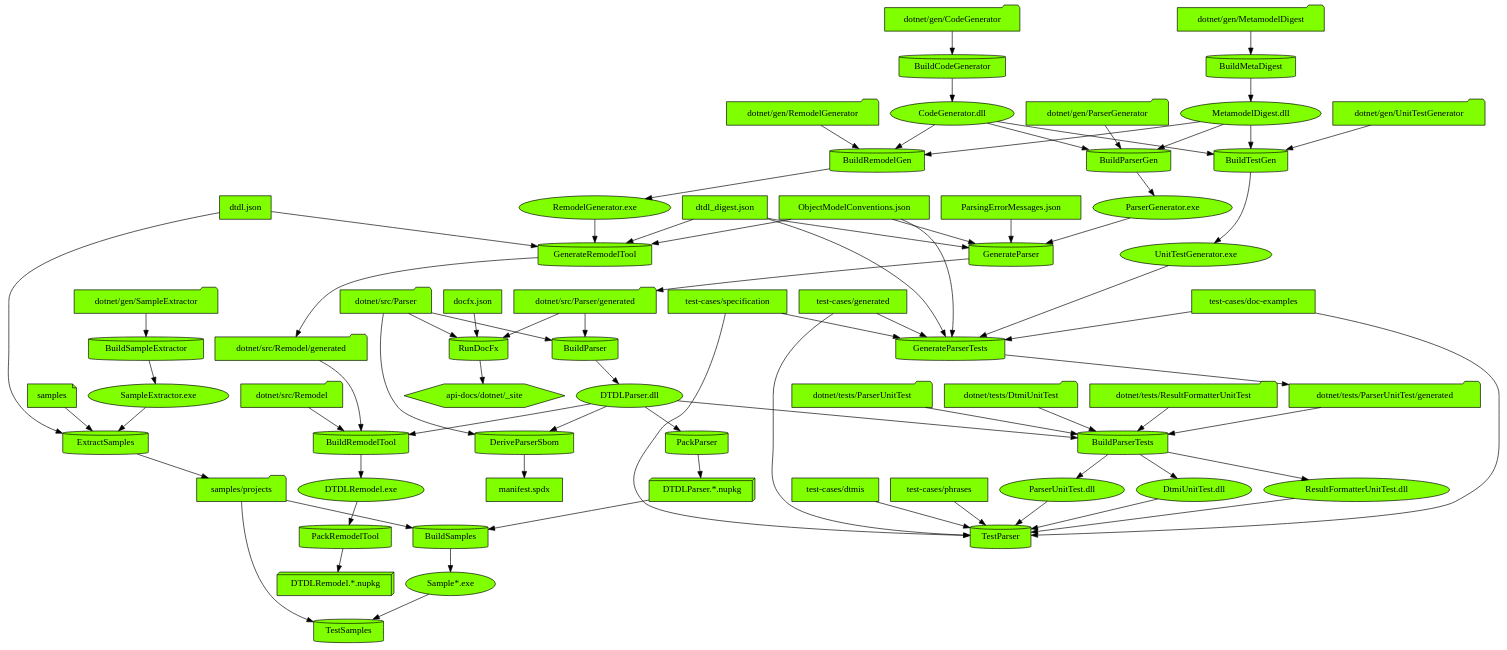
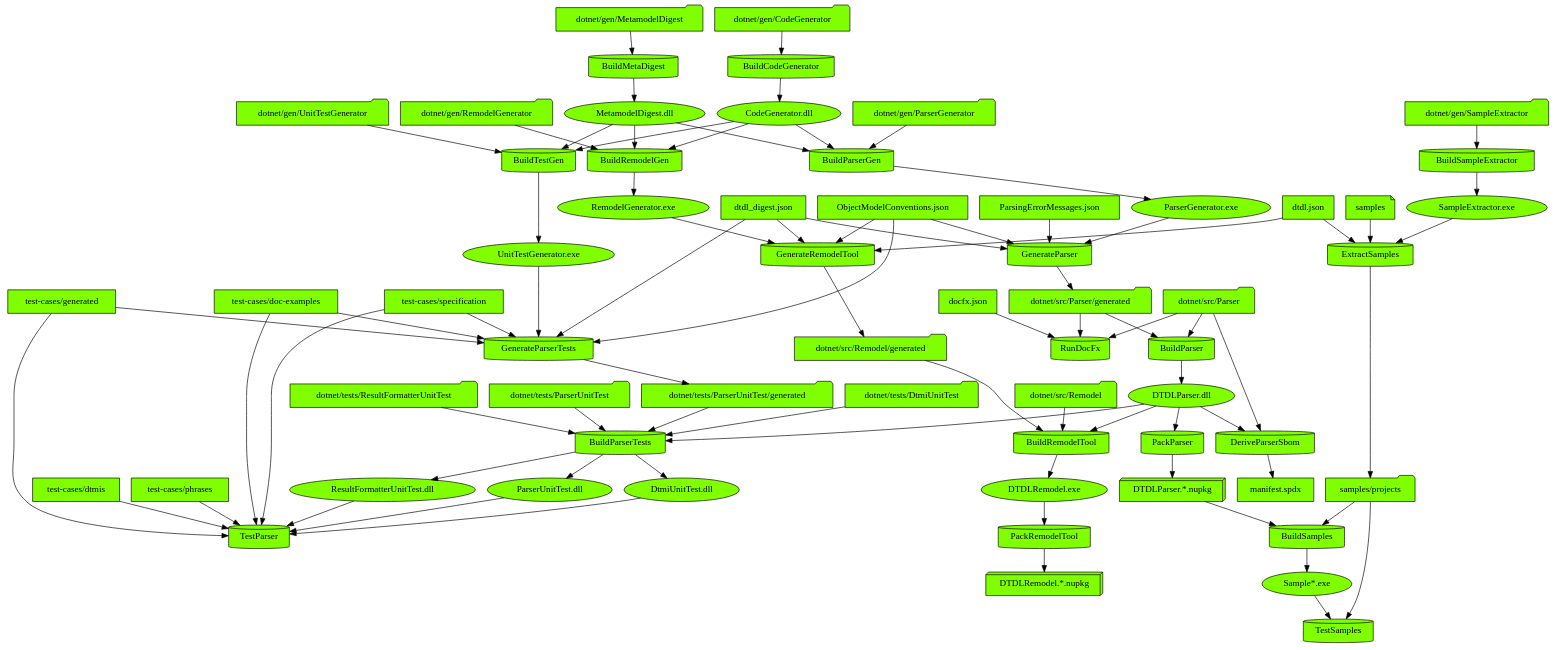
The diagram in images/input/generated/DevelopFlowDiagram.dot (digitaltwinconsortium/DTDLParser), drawn with Graphviz before and after one commit. The commit also changed 7 other files, not shown here.

```diff
--- a/images/input/generated/DevelopFlowDiagram.dot
+++ b/images/input/generated/DevelopFlowDiagram.dot
@@ -1,144 +1,142 @@
 digraph {
   {
+    "BuildMetaDigest" [shape=cylinder style=filled fillcolor=chartreuse]
+    "BuildRemodelGen" [shape=cylinder style=filled fillcolor=chartreuse]
     "BuildCodeGenerator" [shape=cylinder style=filled fillcolor=chartreuse]
-    "BuildMetaDigest" [shape=cylinder style=filled fillcolor=chartreuse]
+    "TestSamples" [shape=cylinder style=filled fillcolor=chartreuse]
+    "GenerateParser" [shape=cylinder style=filled fillcolor=chartreuse]
+    "PackRemodelTool" [shape=cylinder style=filled fillcolor=chartreuse]
+    "BuildParserGen" [shape=cylinder style=filled fillcolor=chartreuse]
+    "RunDocFx" [shape=cylinder style=filled fillcolor=chartreuse]
+    "BuildParserTests" [shape=cylinder style=filled fillcolor=chartreuse]
+    "PackParser" [shape=cylinder style=filled fillcolor=chartreuse]
+    "ExtractSamples" [shape=cylinder style=filled fillcolor=chartreuse]
+    "BuildSamples" [shape=cylinder style=filled fillcolor=chartreuse]
     "BuildParser" [shape=cylinder style=filled fillcolor=chartreuse]
-    "BuildParserGen" [shape=cylinder style=filled fillcolor=chartreuse]
-    "BuildParserTests" [shape=cylinder style=filled fillcolor=chartreuse]
-    "BuildRemodelGen" [shape=cylinder style=filled fillcolor=chartreuse]
+    "BuildTestGen" [shape=cylinder style=filled fillcolor=chartreuse]
+    "BuildSampleExtractor" [shape=cylinder style=filled fillcolor=chartreuse]
+    "GenerateParserTests" [shape=cylinder style=filled fillcolor=chartreuse]
+    "DeriveParserSbom" [shape=cylinder style=filled fillcolor=chartreuse]
     "BuildRemodelTool" [shape=cylinder style=filled fillcolor=chartreuse]
-    "BuildSampleExtractor" [shape=cylinder style=filled fillcolor=chartreuse]
-    "BuildSamples" [shape=cylinder style=filled fillcolor=chartreuse]
-    "BuildTestGen" [shape=cylinder style=filled fillcolor=chartreuse]
-    "DeriveParserSbom" [shape=cylinder style=filled fillcolor=chartreuse]
-    "ExtractSamples" [shape=cylinder style=filled fillcolor=chartreuse]
-    "GenerateParser" [shape=cylinder style=filled fillcolor=chartreuse]
-    "GenerateParserTests" [shape=cylinder style=filled fillcolor=chartreuse]
     "GenerateRemodelTool" [shape=cylinder style=filled fillcolor=chartreuse]
-    "PackParser" [shape=cylinder style=filled fillcolor=chartreuse]
-    "PackRemodelTool" [shape=cylinder style=filled fillcolor=chartreuse]
-    "RunDocFx" [shape=cylinder style=filled fillcolor=chartreuse]
     "TestParser" [shape=cylinder style=filled fillcolor=chartreuse]
-    "TestSamples" [shape=cylinder style=filled fillcolor=chartreuse]
-    "dotnet/gen/CodeGenerator" [shape=folder style=filled fillcolor=chartreuse]
-    "CodeGenerator.dll" [shape=ellipse style=filled fillcolor=chartreuse]
     "dotnet/gen/MetamodelDigest" [shape=folder style=filled fillcolor=chartreuse]
     "MetamodelDigest.dll" [shape=ellipse style=filled fillcolor=chartreuse]
+    "dotnet/gen/RemodelGenerator" [shape=folder style=filled fillcolor=chartreuse]
+    "CodeGenerator.dll" [shape=ellipse style=filled fillcolor=chartreuse]
+    "RemodelGenerator.exe" [shape=ellipse style=filled fillcolor=chartreuse]
+    "dotnet/gen/CodeGenerator" [shape=folder style=filled fillcolor=chartreuse]
+    "Sample*.exe" [shape=ellipse style=filled fillcolor=chartreuse]
+    "samples/projects" [shape=folder style=filled fillcolor=chartreuse]
+    "ParserGenerator.exe" [shape=ellipse style=filled fillcolor=chartreuse]
+    "dtdl_digest.json" [shape=box style=filled fillcolor=chartreuse]
+    "ObjectModelConventions.json" [shape=box style=filled fillcolor=chartreuse]
+    "ParsingErrorMessages.json" [shape=box style=filled fillcolor=chartreuse]
+    "dotnet/src/Parser/generated" [shape=folder style=filled fillcolor=chartreuse]
+    "DTDLRemodel.exe" [shape=ellipse style=filled fillcolor=chartreuse]
+    "DTDLRemodel.*.nupkg" [shape=box3d style=filled fillcolor=chartreuse]
+    "dotnet/gen/ParserGenerator" [shape=folder style=filled fillcolor=chartreuse]
     "dotnet/src/Parser" [shape=folder style=filled fillcolor=chartreuse]
-    "dotnet/src/Parser/generated" [shape=folder style=filled fillcolor=chartreuse]
-    "DTDLParser.dll" [shape=ellipse style=filled fillcolor=chartreuse]
-    "dotnet/gen/ParserGenerator" [shape=folder style=filled fillcolor=chartreuse]
-    "ParserGenerator.exe" [shape=ellipse style=filled fillcolor=chartreuse]
+    "docfx.json" [shape=box style=filled fillcolor=chartreuse]
     "dotnet/tests/DtmiUnitTest" [shape=folder style=filled fillcolor=chartreuse]
     "DtmiUnitTest.dll" [shape=ellipse style=filled fillcolor=chartreuse]
     "dotnet/tests/ResultFormatterUnitTest" [shape=folder style=filled fillcolor=chartreuse]
     "ResultFormatterUnitTest.dll" [shape=ellipse style=filled fillcolor=chartreuse]
     "dotnet/tests/ParserUnitTest" [shape=folder style=filled fillcolor=chartreuse]
     "dotnet/tests/ParserUnitTest/generated" [shape=folder style=filled fillcolor=chartreuse]
+    "DTDLParser.dll" [shape=ellipse style=filled fillcolor=chartreuse]
     "ParserUnitTest.dll" [shape=ellipse style=filled fillcolor=chartreuse]
-    "dotnet/gen/RemodelGenerator" [shape=folder style=filled fillcolor=chartreuse]
-    "RemodelGenerator.exe" [shape=ellipse style=filled fillcolor=chartreuse]
-    "dotnet/src/Remodel" [shape=folder style=filled fillcolor=chartreuse]
-    "dotnet/src/Remodel/generated" [shape=folder style=filled fillcolor=chartreuse]
-    "DTDLRemodel.exe" [shape=ellipse style=filled fillcolor=chartreuse]
-    "dotnet/gen/SampleExtractor" [shape=folder style=filled fillcolor=chartreuse]
+    "DTDLParser.*.nupkg" [shape=box3d style=filled fillcolor=chartreuse]
     "SampleExtractor.exe" [shape=ellipse style=filled fillcolor=chartreuse]
-    "DTDLParser.*.nupkg" [shape=box3d style=filled fillcolor=chartreuse]
-    "samples/projects" [shape=folder style=filled fillcolor=chartreuse]
-    "Sample*.exe" [shape=ellipse style=filled fillcolor=chartreuse]
+    "dtdl.json" [shape=box style=filled fillcolor=chartreuse]
+    "samples" [shape=note style=filled fillcolor=chartreuse]
     "dotnet/gen/UnitTestGenerator" [shape=folder style=filled fillcolor=chartreuse]
     "UnitTestGenerator.exe" [shape=ellipse style=filled fillcolor=chartreuse]
-    "manifest.spdx" [shape=box style=filled fillcolor=chartreuse]
-    "dtdl.json" [shape=box style=filled fillcolor=chartreuse]
-    "samples" [shape=note style=filled fillcolor=chartreuse]
-    "dtdl_digest.json" [shape=box style=filled fillcolor=chartreuse]
-    "ObjectModelConventions.json" [shape=box style=filled fillcolor=chartreuse]
-    "ParsingErrorMessages.json" [shape=box style=filled fillcolor=chartreuse]
+    "dotnet/gen/SampleExtractor" [shape=folder style=filled fillcolor=chartreuse]
     "test-cases/generated" [shape=box style=filled fillcolor=chartreuse]
     "test-cases/doc-examples" [shape=box style=filled fillcolor=chartreuse]
     "test-cases/specification" [shape=box style=filled fillcolor=chartreuse]
-    "DTDLRemodel.*.nupkg" [shape=box3d style=filled fillcolor=chartreuse]
-    "docfx.json" [shape=box style=filled fillcolor=chartreuse]
-    "api-docs/dotnet/_site" [shape=hexagon style=filled fillcolor=chartreuse]
+    "manifest.spdx" [shape=box style=filled fillcolor=chartreuse]
+    "dotnet/src/Remodel" [shape=folder style=filled fillcolor=chartreuse]
+    "dotnet/src/Remodel/generated" [shape=folder style=filled fillcolor=chartreuse]
     "test-cases/dtmis" [shape=box style=filled fillcolor=chartreuse]
     "test-cases/phrases" [shape=box style=filled fillcolor=chartreuse]
   }
+  "dotnet/gen/MetamodelDigest" -> "BuildMetaDigest"
+  "BuildMetaDigest" -> "MetamodelDigest.dll"
+  "dotnet/gen/RemodelGenerator" -> "BuildRemodelGen"
+  "MetamodelDigest.dll" -> "BuildRemodelGen"
+  "CodeGenerator.dll" -> "BuildRemodelGen"
+  "BuildRemodelGen" -> "RemodelGenerator.exe"
   "dotnet/gen/CodeGenerator" -> "BuildCodeGenerator"
   "BuildCodeGenerator" -> "CodeGenerator.dll"
-  "dotnet/gen/MetamodelDigest" -> "BuildMetaDigest"
-  "BuildMetaDigest" -> "MetamodelDigest.dll"
-  "dotnet/src/Parser" -> "BuildParser"
-  "dotnet/src/Parser/generated" -> "BuildParser"
-  "BuildParser" -> "DTDLParser.dll"
+  "Sample*.exe" -> "TestSamples"
+  "samples/projects" -> "TestSamples"
+  "ParserGenerator.exe" -> "GenerateParser"
+  "dtdl_digest.json" -> "GenerateParser"
+  "ObjectModelConventions.json" -> "GenerateParser"
+  "ParsingErrorMessages.json" -> "GenerateParser"
+  "GenerateParser" -> "dotnet/src/Parser/generated"
+  "DTDLRemodel.exe" -> "PackRemodelTool"
+  "PackRemodelTool" -> "DTDLRemodel.*.nupkg"
   "dotnet/gen/ParserGenerator" -> "BuildParserGen"
   "MetamodelDigest.dll" -> "BuildParserGen"
   "CodeGenerator.dll" -> "BuildParserGen"
   "BuildParserGen" -> "ParserGenerator.exe"
+  "dotnet/src/Parser" -> "RunDocFx"
+  "dotnet/src/Parser/generated" -> "RunDocFx"
+  "docfx.json" -> "RunDocFx"
   "dotnet/tests/DtmiUnitTest" -> "BuildParserTests"
   "BuildParserTests" -> "DtmiUnitTest.dll"
   "dotnet/tests/ResultFormatterUnitTest" -> "BuildParserTests"
   "BuildParserTests" -> "ResultFormatterUnitTest.dll"
   "dotnet/tests/ParserUnitTest" -> "BuildParserTests"
   "dotnet/tests/ParserUnitTest/generated" -> "BuildParserTests"
   "DTDLParser.dll" -> "BuildParserTests"
   "BuildParserTests" -> "ParserUnitTest.dll"
-  "dotnet/gen/RemodelGenerator" -> "BuildRemodelGen"
-  "MetamodelDigest.dll" -> "BuildRemodelGen"
-  "CodeGenerator.dll" -> "BuildRemodelGen"
-  "BuildRemodelGen" -> "RemodelGenerator.exe"
-  "dotnet/src/Remodel" -> "BuildRemodelTool"
-  "dotnet/src/Remodel/generated" -> "BuildRemodelTool"
-  "DTDLParser.dll" -> "BuildRemodelTool"
-  "BuildRemodelTool" -> "DTDLRemodel.exe"
-  "dotnet/gen/SampleExtractor" -> "BuildSampleExtractor"
-  "BuildSampleExtractor" -> "SampleExtractor.exe"
+  "DTDLParser.dll" -> "PackParser"
+  "PackParser" -> "DTDLParser.*.nupkg"
+  "SampleExtractor.exe" -> "ExtractSamples"
+  "dtdl.json" -> "ExtractSamples"
+  "samples" -> "ExtractSamples"
+  "ExtractSamples" -> "samples/projects"
   "DTDLParser.*.nupkg" -> "BuildSamples"
   "samples/projects" -> "BuildSamples"
   "BuildSamples" -> "Sample*.exe"
+  "dotnet/src/Parser" -> "BuildParser"
+  "dotnet/src/Parser/generated" -> "BuildParser"
+  "BuildParser" -> "DTDLParser.dll"
   "dotnet/gen/UnitTestGenerator" -> "BuildTestGen"
   "MetamodelDigest.dll" -> "BuildTestGen"
   "CodeGenerator.dll" -> "BuildTestGen"
   "BuildTestGen" -> "UnitTestGenerator.exe"
-  "DTDLParser.dll" -> "DeriveParserSbom"
-  "dotnet/src/Parser" -> "DeriveParserSbom"
-  "DeriveParserSbom" -> "manifest.spdx"
-  "SampleExtractor.exe" -> "ExtractSamples"
-  "dtdl.json" -> "ExtractSamples"
-  "samples" -> "ExtractSamples"
-  "ExtractSamples" -> "samples/projects"
-  "ParserGenerator.exe" -> "GenerateParser"
-  "dtdl_digest.json" -> "GenerateParser"
-  "ObjectModelConventions.json" -> "GenerateParser"
-  "ParsingErrorMessages.json" -> "GenerateParser"
-  "GenerateParser" -> "dotnet/src/Parser/generated"
+  "dotnet/gen/SampleExtractor" -> "BuildSampleExtractor"
+  "BuildSampleExtractor" -> "SampleExtractor.exe"
   "UnitTestGenerator.exe" -> "GenerateParserTests"
   "dtdl_digest.json" -> "GenerateParserTests"
   "ObjectModelConventions.json" -> "GenerateParserTests"
   "test-cases/generated" -> "GenerateParserTests"
   "test-cases/doc-examples" -> "GenerateParserTests"
   "test-cases/specification" -> "GenerateParserTests"
   "GenerateParserTests" -> "dotnet/tests/ParserUnitTest/generated"
+  "DTDLParser.dll" -> "DeriveParserSbom"
+  "dotnet/src/Parser" -> "DeriveParserSbom"
+  "DeriveParserSbom" -> "manifest.spdx"
+  "dotnet/src/Remodel" -> "BuildRemodelTool"
+  "dotnet/src/Remodel/generated" -> "BuildRemodelTool"
+  "DTDLParser.dll" -> "BuildRemodelTool"
+  "BuildRemodelTool" -> "DTDLRemodel.exe"
   "RemodelGenerator.exe" -> "GenerateRemodelTool"
   "dtdl.json" -> "GenerateRemodelTool"
   "dtdl_digest.json" -> "GenerateRemodelTool"
   "ObjectModelConventions.json" -> "GenerateRemodelTool"
   "GenerateRemodelTool" -> "dotnet/src/Remodel/generated"
-  "DTDLParser.dll" -> "PackParser"
-  "PackParser" -> "DTDLParser.*.nupkg"
-  "DTDLRemodel.exe" -> "PackRemodelTool"
-  "PackRemodelTool" -> "DTDLRemodel.*.nupkg"
-  "dotnet/src/Parser" -> "RunDocFx"
-  "dotnet/src/Parser/generated" -> "RunDocFx"
-  "docfx.json" -> "RunDocFx"
-  "RunDocFx" -> "api-docs/dotnet/_site"
   "DtmiUnitTest.dll" -> "TestParser"
   "test-cases/dtmis" -> "TestParser"
   "ResultFormatterUnitTest.dll" -> "TestParser"
   "test-cases/phrases" -> "TestParser"
   "ParserUnitTest.dll" -> "TestParser"
   "test-cases/generated" -> "TestParser"
   "test-cases/doc-examples" -> "TestParser"
   "test-cases/specification" -> "TestParser"
-  "Sample*.exe" -> "TestSamples"
-  "samples/projects" -> "TestSamples"
 }
```
